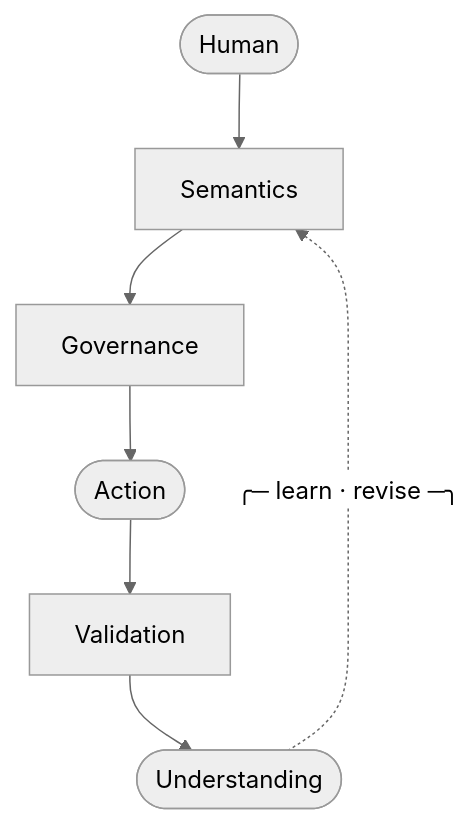
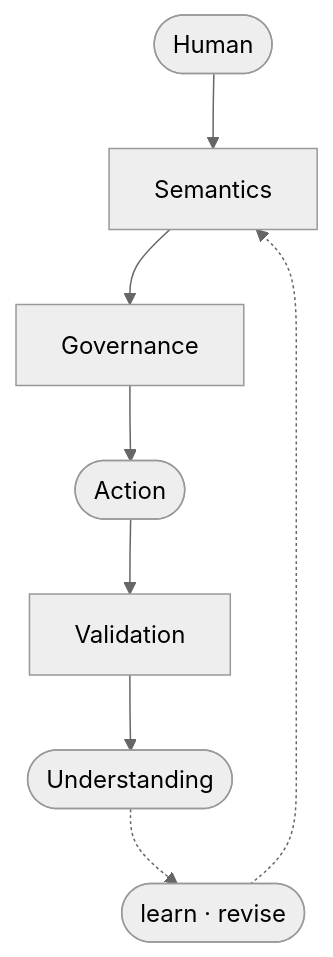
Before and after one commit to zachshallbetter/zachshallbetter: the diagram in README.md, drawn with Mermaid (neutral theme).

Commit message:
Place feedback loop label in its own node

````diff
--- a/README.md
+++ b/README.md
@@ -19,9 +19,10 @@
 ```mermaid
 flowchart TB
     H(["Human"]) --> M["Semantics"]
     M --> G["Governance"]
     G --> A(["Action"])
     A --> V["Validation"]
     V --> U(["Understanding"])
-    U -. "╭─ learn · revise ─╮" .-> M
+    U -.-> F(["learn · revise"])
+    F -.-> M
 ```
````
